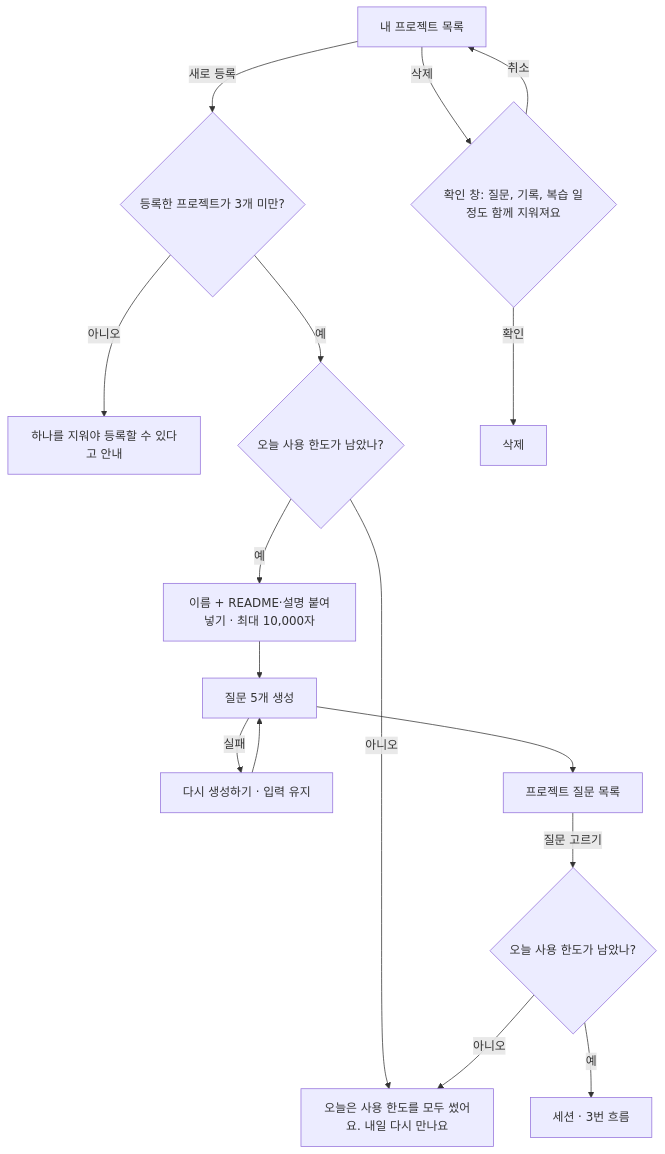
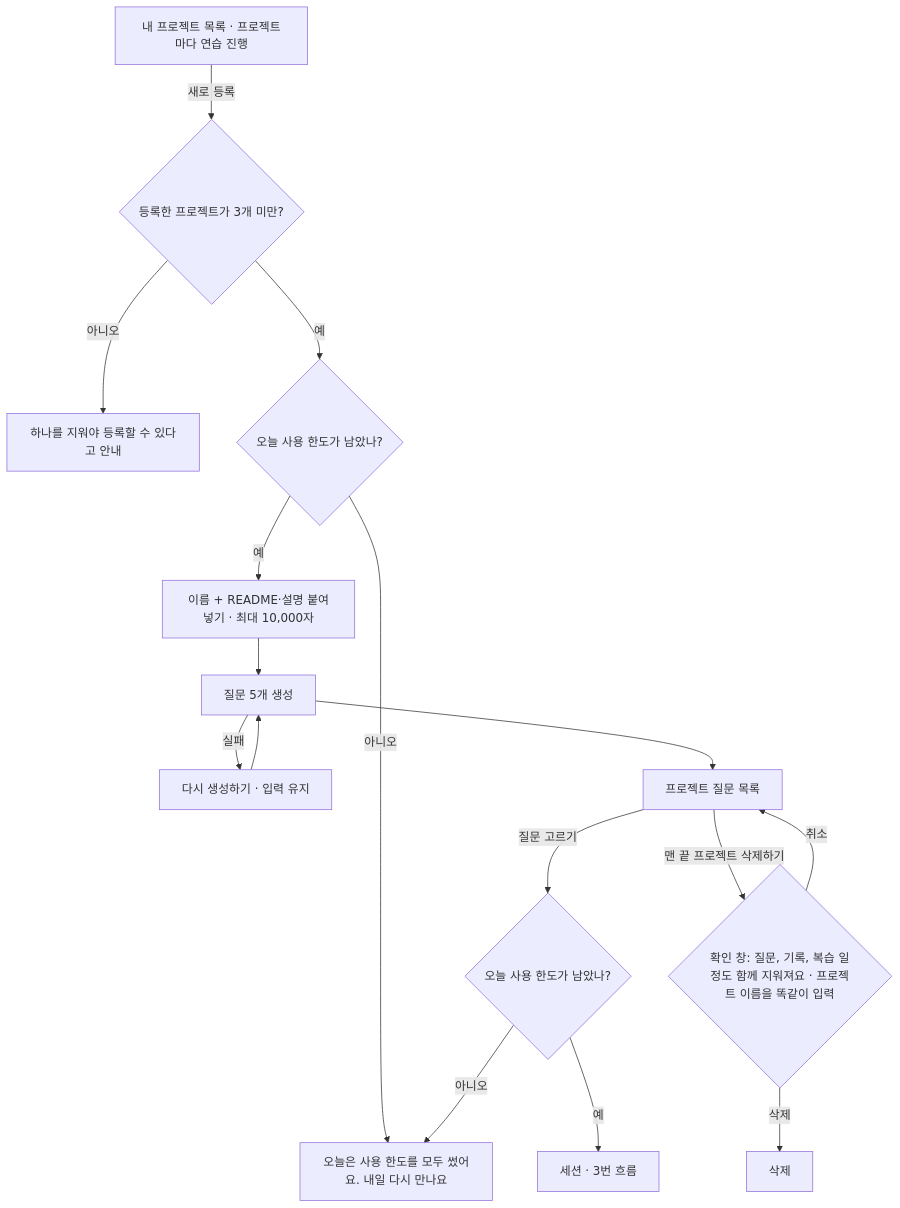
One commit to GREED-YI/tailq changed the fifth of 6 diagrams in docs/05-user-flow.md. Above: the diagram before and after it, drawn with Mermaid. The commit also changed other lines of this file and 3 other files, not shown here.

````diff
--- a/docs/05-user-flow.md
+++ b/docs/05-user-flow.md
@@ -103,17 +116,17 @@
 ```mermaid
 flowchart TD
-  A["내 프로젝트 목록"] -- 새로 등록 --> B{"등록한 프로젝트가 3개 미만?"}
+  A["내 프로젝트 목록 · 프로젝트마다 연습 진행"] -- 새로 등록 --> B{"등록한 프로젝트가 3개 미만?"}
   B -- 아니오 --> C["하나를 지워야 등록할 수 있다고 안내"]
   B -- 예 --> E{"오늘 사용 한도가 남았나?"}
   E -- 아니오 --> X["오늘은 사용 한도를 모두 썼어요. 내일 다시 만나요"]
   E -- 예 --> D["이름 + README·설명 붙여넣기 · 최대 10,000자"]
   D --> F["질문 5개 생성"]
   F -- 실패 --> R["다시 생성하기 · 입력 유지"] --> F
   F --> H["프로젝트 질문 목록"]
   H -- 질문 고르기 --> T{"오늘 사용 한도가 남았나?"}
   T -- 아니오 --> X
   T -- 예 --> I["세션 · 3번 흐름"]
-  A -- 삭제 --> L{"확인 창: 질문, 기록, 복습 일정도 함께 지워져요"}
-  L -- 확인 --> M["삭제"]
-  L -- 취소 --> A
+  H -- 맨 끝 프로젝트 삭제하기 --> L{"확인 창: 질문, 기록, 복습 일정도 함께 지워져요 · 프로젝트 이름을 똑같이 입력"}
+  L -- 삭제 --> M["삭제"]
+  L -- 취소 --> H
 ```
````
